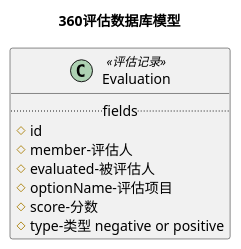
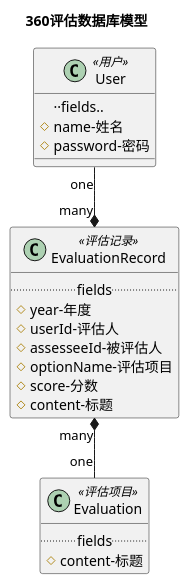
The diagram in docs/model.puml (myfjdthink/360-evaluation), drawn with PlantUML before and after one commit.

Commit message:
model设计图

```diff
--- a/docs/model.puml
+++ b/docs/model.puml
@@ -1,14 +1,28 @@
 @startuml
 
 title: 360评估数据库模型
 
-class Evaluation<<评估记录>> {
-  ..fields..
-  #id
-  #member-评估人
-  #evaluated-被评估人
-  #optionName-评估项目
-  #score-分数
-  #type-类型 negative or positive
+class User<<用户>> {
+    ··fields..
+    #name-姓名
+    #password-密码
 }
+
+class EvaluationRecord<<评估记录>> {
+    ..fields..
+    #year-年度
+    #userId-评估人
+    #assesseeId-被评估人
+    #optionName-评估项目
+    #score-分数
+    #content-标题
+}
+
+class Evaluation<<评估项目>> {
+    ..fields..
+    #content-标题
+}
+
+EvaluationRecord "many" *-- "one" Evaluation
+User "one" --* "many" EvaluationRecord
 @enduml
```
